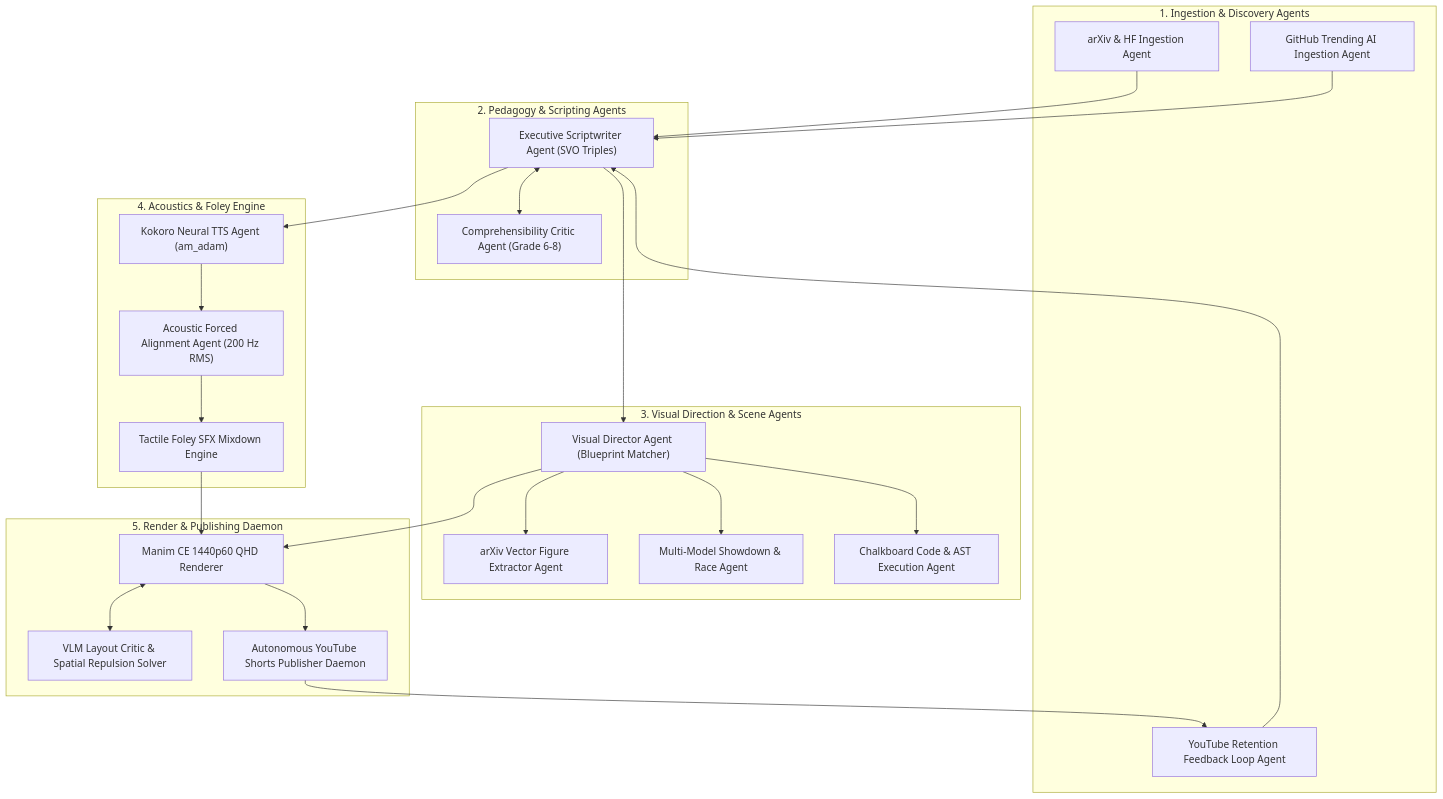
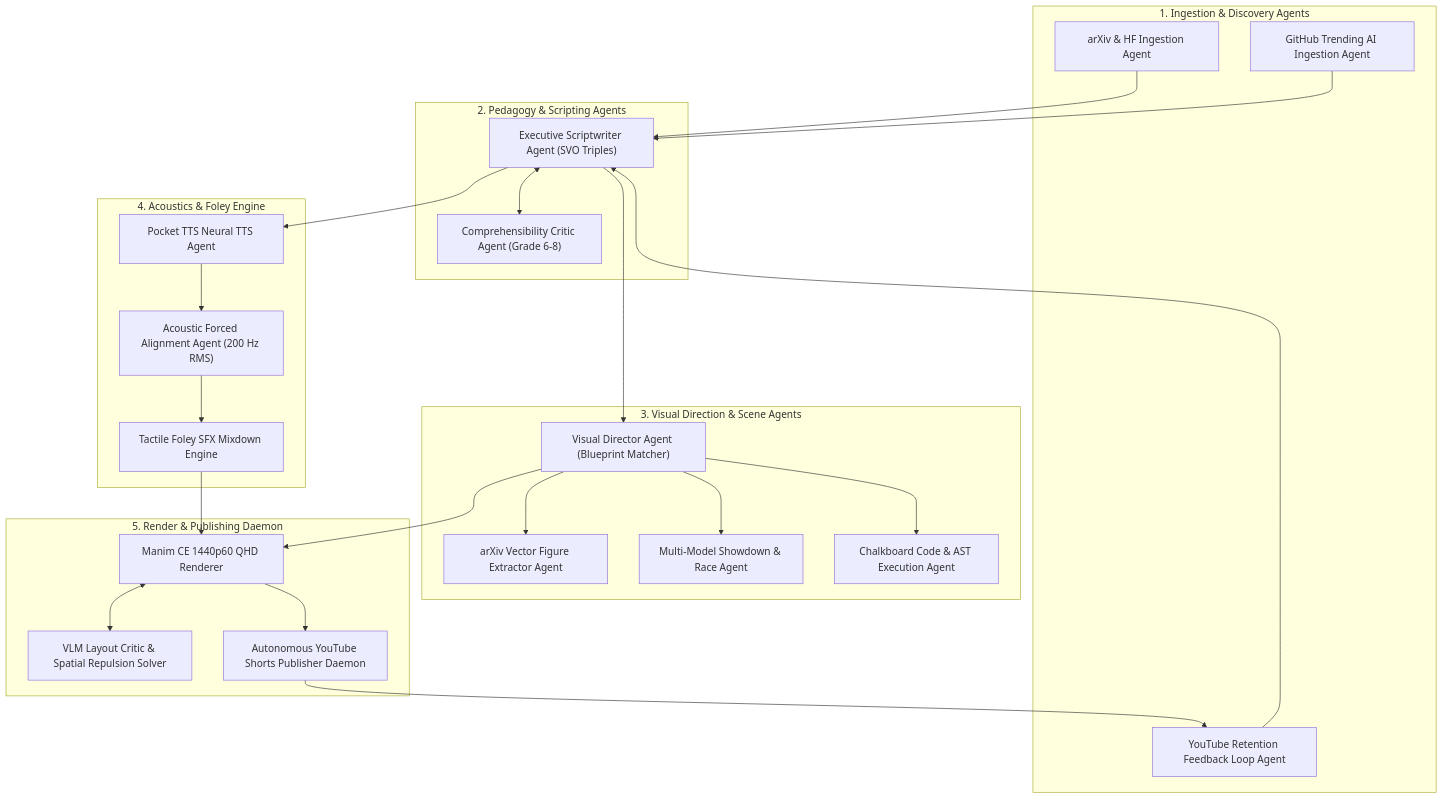
One commit to Amankumar006/Automated-video-Generation changed the diagram in AGENTS.md. Above: the diagram before and after it, drawn with Mermaid. The commit also changed 20 other files, not shown here.

Commit message:
refactor: remove kokoro tts runtime

````diff
--- a/AGENTS.md
+++ b/AGENTS.md
@@ -28,49 +28,49 @@
 ```mermaid
 flowchart TD
     subgraph Discovery ["1. Ingestion & Discovery Agents"]
         D1["arXiv & HF Ingestion Agent"]
         D2["GitHub Trending AI Ingestion Agent"]
         D3["YouTube Retention Feedback Loop Agent"]
     end
 
     subgraph Scripting ["2. Pedagogy & Scripting Agents"]
         S1["Executive Scriptwriter Agent (SVO Triples)"]
         S2["Comprehensibility Critic Agent (Grade 6-8)"]
     end
 
     subgraph Visuals ["3. Visual Direction & Scene Agents"]
         V1["Visual Director Agent (Blueprint Matcher)"]
         V2["arXiv Vector Figure Extractor Agent"]
         V3["Multi-Model Showdown & Race Agent"]
         V4["Chalkboard Code & AST Execution Agent"]
     end
 
     subgraph AudioEngine ["4. Acoustics & Foley Engine"]
-        A1["Kokoro Neural TTS Agent (am_adam)"]
+        A1["Pocket TTS Neural TTS Agent"]
         A2["Acoustic Forced Alignment Agent (200 Hz RMS)"]
         A3["Tactile Foley SFX Mixdown Engine"]
     end
 
     subgraph Execution ["5. Render & Publishing Daemon"]
         R1["Manim CE 1440p60 QHD Renderer"]
         R2["VLM Layout Critic & Spatial Repulsion Solver"]
         R3["Autonomous YouTube Shorts Publisher Daemon"]
     end
 
     D1 --> S1
     D2 --> S1
     D3 --> S1
     S1 <--> S2
     S1 --> V1
     V1 --> V2
     V1 --> V3
     V1 --> V4
     S1 --> A1
     A1 --> A2
     A2 --> A3
     V1 --> R1
     A3 --> R1
     R1 <--> R2
     R1 --> R3
     R3 --> D3
 ```
````
